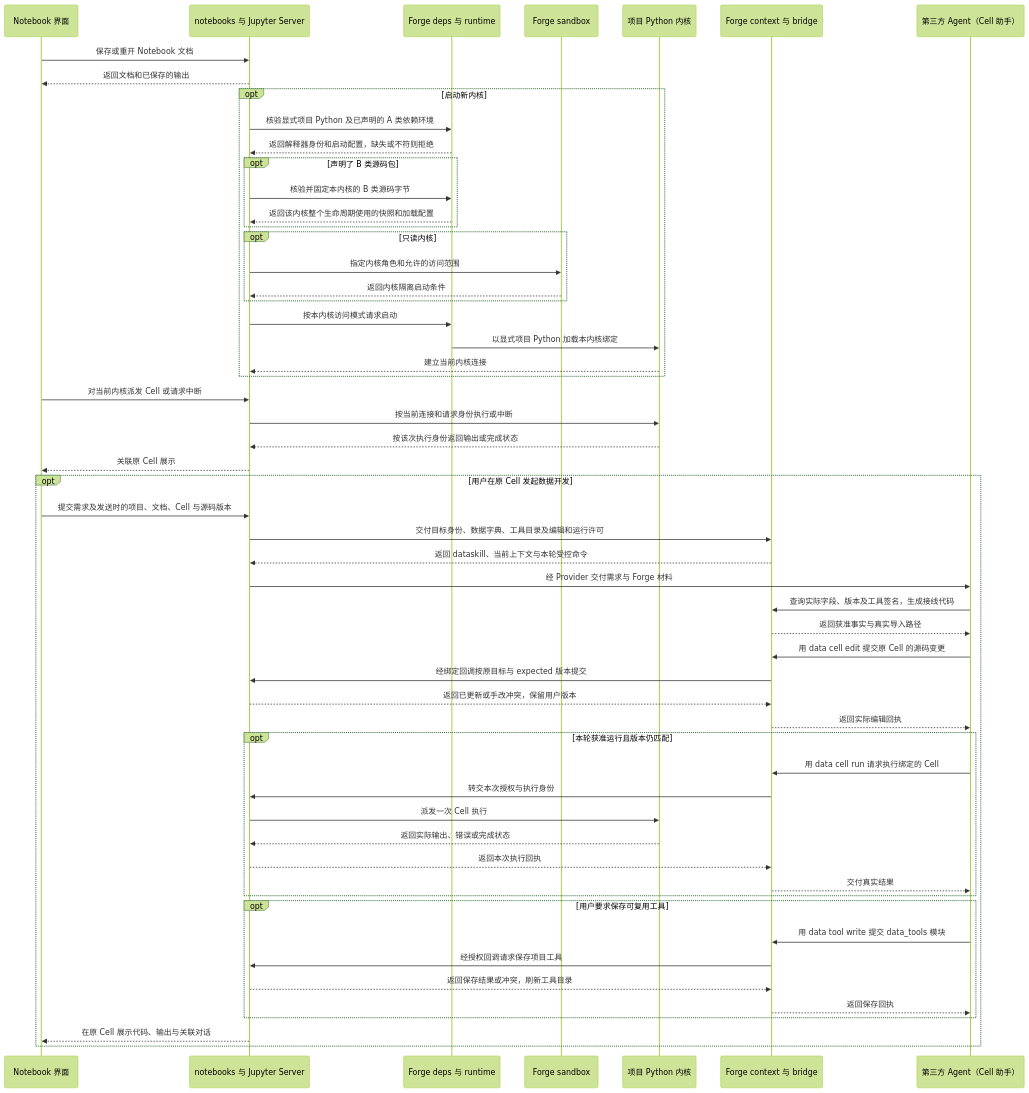
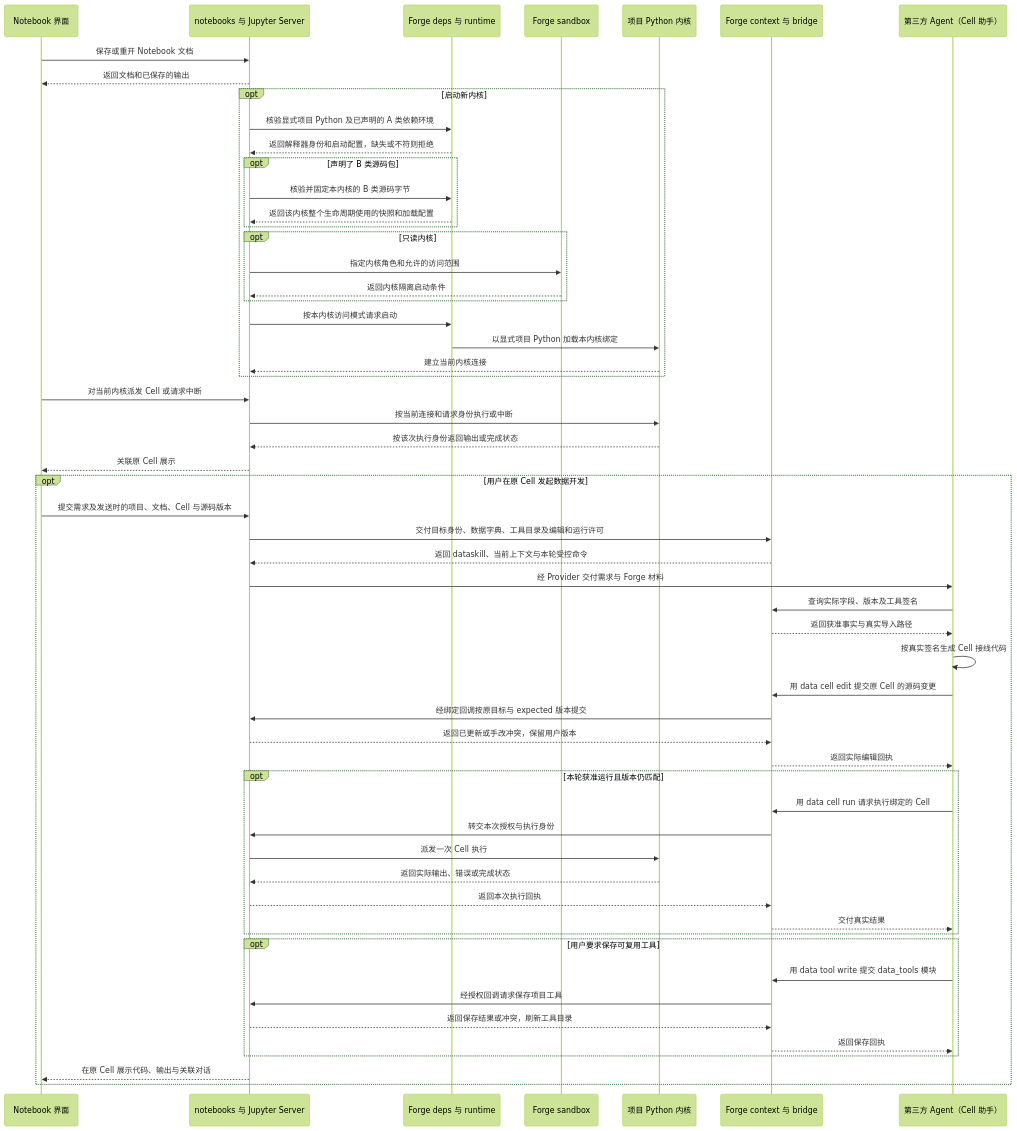
The tenth of 14 diagrams in docs/demiflow-architecture.md (vincent9299/demiflow), drawn with Mermaid (forest theme) before and after one commit.

Commit message:
Keep Cell code generation with the external author

````diff
--- a/docs/demiflow-architecture.md
+++ b/docs/demiflow-architecture.md
@@ -386,58 +386,59 @@
 ```mermaid
 sequenceDiagram
     participant U as Notebook 界面
     participant N as notebooks 与 Jupyter Server
     participant R as Forge deps 与 runtime
     participant S as Forge sandbox
     participant K as 项目 Python 内核
     participant F as Forge context 与 bridge
     participant A as 第三方 Agent（Cell 助手）
     U->>N: 保存或重开 Notebook 文档
     N-->>U: 返回文档和已保存的输出
     opt 启动新内核
         N->>R: 核验显式项目 Python 及已声明的 A 类依赖环境
         R-->>N: 返回解释器身份和启动配置，缺失或不符则拒绝
         opt 声明了 B 类源码包
             N->>R: 核验并固定本内核的 B 类源码字节
             R-->>N: 返回该内核整个生命周期使用的快照和加载配置
         end
         opt 只读内核
             N->>S: 指定内核角色和允许的访问范围
             S-->>N: 返回内核隔离启动条件
         end
         N->>R: 按本内核访问模式请求启动
         R->>K: 以显式项目 Python 加载本内核绑定
         K-->>N: 建立当前内核连接
     end
     U->>N: 对当前内核派发 Cell 或请求中断
     N->>K: 按当前连接和请求身份执行或中断
     K-->>N: 按该次执行身份返回输出或完成状态
     N-->>U: 关联原 Cell 展示
     opt 用户在原 Cell 发起数据开发
         U->>N: 提交需求及发送时的项目、文档、Cell 与源码版本
         N->>F: 交付目标身份、数据字典、工具目录及编辑和运行许可
         F-->>N: 返回 dataskill、当前上下文与本轮受控命令
         N->>A: 经 Provider 交付需求与 Forge 材料
-        A->>F: 查询实际字段、版本及工具签名，生成接线代码
+        A->>F: 查询实际字段、版本及工具签名
         F-->>A: 返回获准事实与真实导入路径
+        A->>A: 按真实签名生成 Cell 接线代码
         A->>F: 用 data cell edit 提交原 Cell 的源码变更
         F->>N: 经绑定回调按原目标与 expected 版本提交
         N-->>F: 返回已更新或手改冲突，保留用户版本
         F-->>A: 返回实际编辑回执
         opt 本轮获准运行且版本仍匹配
             A->>F: 用 data cell run 请求执行绑定的 Cell
             F->>N: 转交本次授权与执行身份
             N->>K: 派发一次 Cell 执行
             K-->>N: 返回实际输出、错误或完成状态
             N-->>F: 返回本次执行回执
             F-->>A: 交付真实结果
         end
         opt 用户要求保存可复用工具
             A->>F: 用 data tool write 提交 data_tools 模块
             F->>N: 经授权回调请求保存项目工具
             N-->>F: 返回保存结果或冲突，刷新工具目录
             F-->>A: 返回保存回执
         end
         N-->>U: 在原 Cell 展示代码、输出与关联对话
     end
 ```
````
